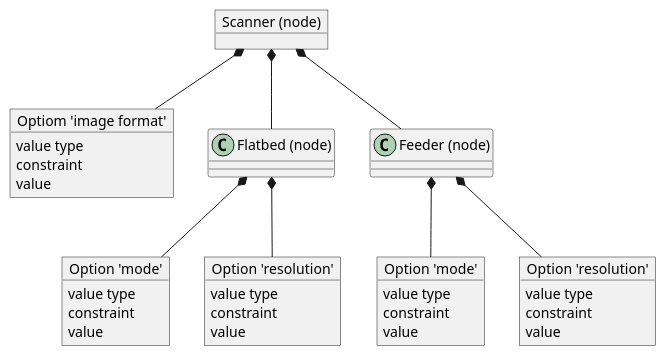
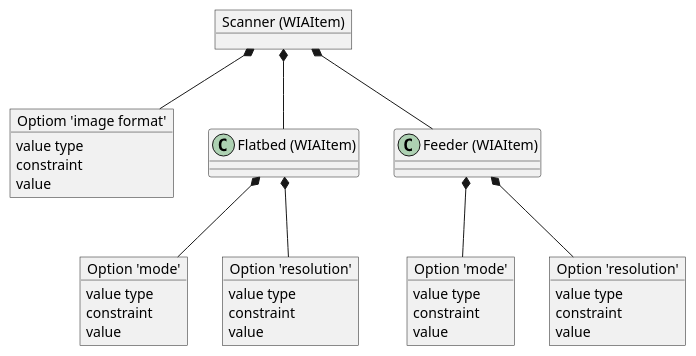
The second of 2 diagrams in doc/source/scanner_apis.rst (openpaperwork/libinsane), drawn with PlantUML before and after one commit. The commit also changed other lines of this file, not shown here.

Commit message:
doc/Scanner APIs/WIA: replace "node" by "WIAItem"

```diff
--- a/doc/source/scanner_apis.rst
+++ b/doc/source/scanner_apis.rst
@@ -66,38 +66,38 @@
 .. uml::
 
     @startuml
-    object "Scanner (node)" as scanner
+    object "Scanner (WIAItem)" as scanner
     object "Optiom 'image format'" as format
     object "Option 'mode'" as mode1
     object "Option 'mode'" as mode2
     object "Option 'resolution'" as res1
     object "Option 'resolution'" as res2
 
-    scanner *-- "Flatbed (node)"
-    scanner *-- "Feeder (node)"
+    scanner *-- "Flatbed (WIAItem)"
+    scanner *-- "Feeder (WIAItem)"
 
     scanner *-- format
     format : value type
     format : constraint
     format : value
 
-    "Flatbed (node)" *-- res1
+    "Flatbed (WIAItem)" *-- res1
     res1 : value type
     res1 : constraint
     res1 : value
 
-    "Flatbed (node)" *-- mode1
+    "Flatbed (WIAItem)" *-- mode1
     mode1 : value type
     mode1 : constraint
     mode1 : value
 
-    "Feeder (node)" *-- res2
+    "Feeder (WIAItem)" *-- res2
     res2 : value type
     res2 : constraint
     res2 : value
 
-    "Feeder (node)" *-- mode2
+    "Feeder (WIAItem)" *-- mode2
     mode2 : value type
     mode2 : constraint
     mode2 : value
     @enduml
```
